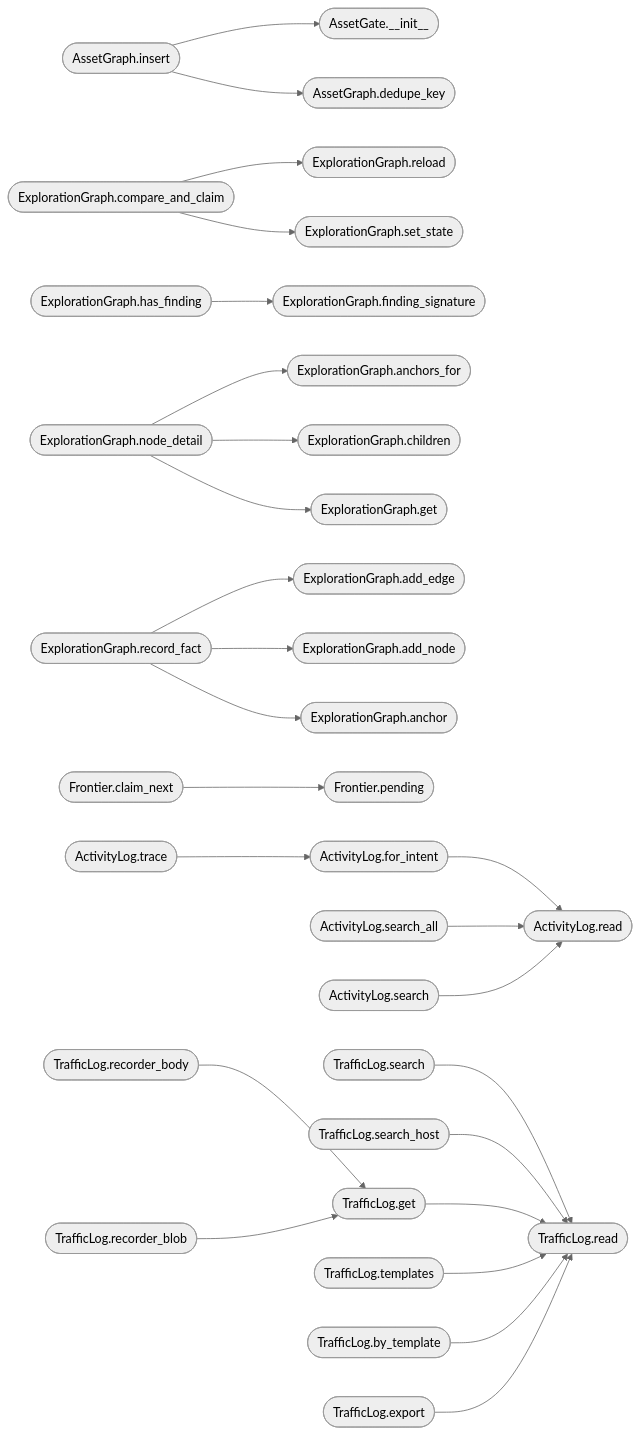
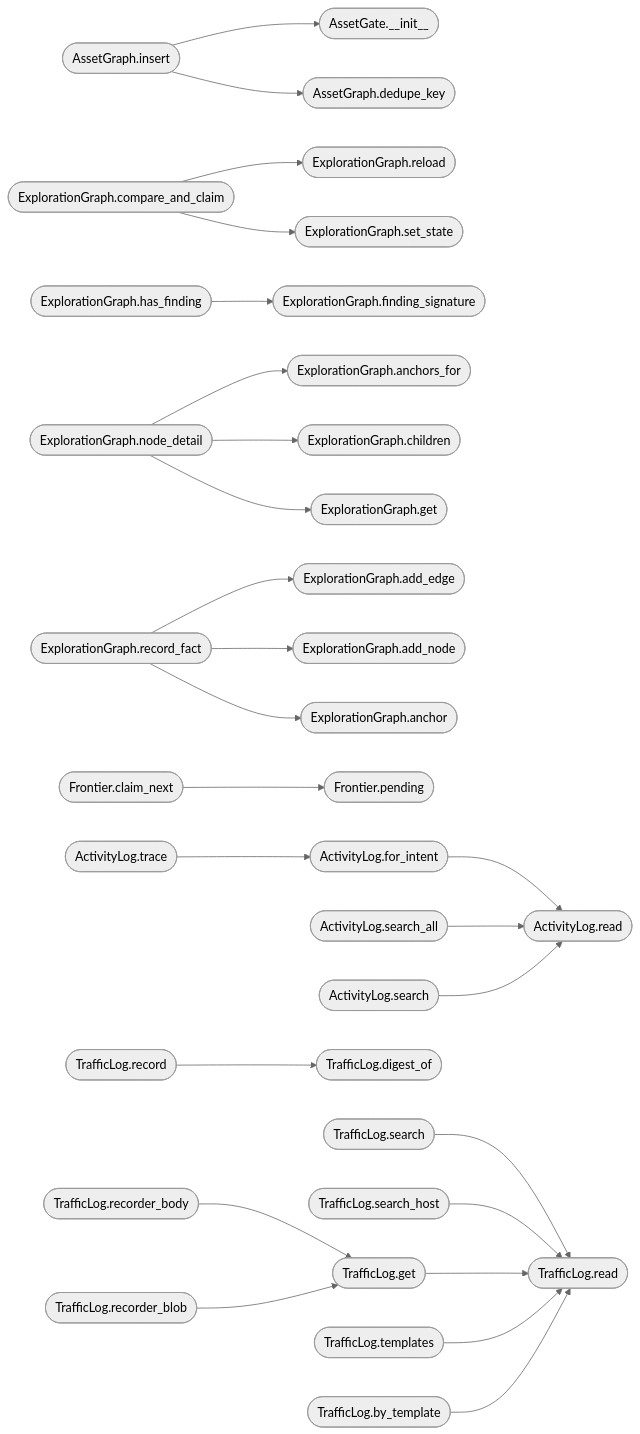
Before and after one commit to grisuno/LazyOwn: the second of 2 diagrams in readmenator-apidocs/modules/modules.lazy_loop.py.md, drawn with Mermaid (neutral theme). The commit also changed other lines of this file and 451 other files, not shown here.

````diff
--- a/readmenator-apidocs/modules/modules.lazy_loop.py.md
+++ b/readmenator-apidocs/modules/modules.lazy_loop.py.md
@@ -260,59 +261,60 @@
 ```mermaid
 flowchart LR
     n_modules_lazy_loop_py__AssetGraph_insert(["AssetGraph.insert"])
     n_modules_lazy_loop_py__AssetGate___init__(["AssetGate.__init__"])
     n_modules_lazy_loop_py__AssetGraph_dedupe_key(["AssetGraph.dedupe_key"])
     n_modules_lazy_loop_py__ExplorationGraph_compare_and_claim(["ExplorationGraph.compare_and_claim"])
     n_modules_lazy_loop_py__ExplorationGraph_reload(["ExplorationGraph.reload"])
     n_modules_lazy_loop_py__ExplorationGraph_set_state(["ExplorationGraph.set_state"])
     n_modules_lazy_loop_py__ExplorationGraph_has_finding(["ExplorationGraph.has_finding"])
     n_modules_lazy_loop_py__ExplorationGraph_finding_signature(["ExplorationGraph.finding_signature"])
     n_modules_lazy_loop_py__ExplorationGraph_node_detail(["ExplorationGraph.node_detail"])
     n_modules_lazy_loop_py__ExplorationGraph_anchors_for(["ExplorationGraph.anchors_for"])
     n_modules_lazy_loop_py__ExplorationGraph_children(["ExplorationGraph.children"])
     n_modules_lazy_loop_py__ExplorationGraph_get(["ExplorationGraph.get"])
     n_modules_lazy_loop_py__ExplorationGraph_record_fact(["ExplorationGraph.record_fact"])
     n_modules_lazy_loop_py__ExplorationGraph_add_edge(["ExplorationGraph.add_edge"])
     n_modules_lazy_loop_py__ExplorationGraph_add_node(["ExplorationGraph.add_node"])
     n_modules_lazy_loop_py__ExplorationGraph_anchor(["ExplorationGraph.anchor"])
     n_modules_lazy_loop_py__Frontier_claim_next(["Frontier.claim_next"])
     n_modules_lazy_loop_py__Frontier_pending(["Frontier.pending"])
     n_modules_lazy_loop_py__ActivityLog_for_intent(["ActivityLog.for_intent"])
     n_modules_lazy_loop_py__ActivityLog_read(["ActivityLog.read"])
     n_modules_lazy_loop_py__ActivityLog_trace(["ActivityLog.trace"])
     n_modules_lazy_loop_py__ActivityLog_search_all(["ActivityLog.search_all"])
     n_modules_lazy_loop_py__ActivityLog_search(["ActivityLog.search"])
+    n_modules_lazy_loop_py__TrafficLog_record(["TrafficLog.record"])
+    n_modules_lazy_loop_py__TrafficLog_digest_of(["TrafficLog.digest_of"])
     n_modules_lazy_loop_py__TrafficLog_search(["TrafficLog.search"])
     n_modules_lazy_loop_py__TrafficLog_read(["TrafficLog.read"])
     n_modules_lazy_loop_py__TrafficLog_search_host(["TrafficLog.search_host"])
     n_modules_lazy_loop_py__TrafficLog_get(["TrafficLog.get"])
     n_modules_lazy_loop_py__TrafficLog_recorder_body(["TrafficLog.recorder_body"])
     n_modules_lazy_loop_py__TrafficLog_recorder_blob(["TrafficLog.recorder_blob"])
     n_modules_lazy_loop_py__TrafficLog_templates(["TrafficLog.templates"])
     n_modules_lazy_loop_py__TrafficLog_by_template(["TrafficLog.by_template"])
-    n_modules_lazy_loop_py__TrafficLog_export(["TrafficLog.export"])
     n_modules_lazy_loop_py__AssetGraph_insert --> n_modules_lazy_loop_py__AssetGate___init__
     n_modules_lazy_loop_py__AssetGraph_insert --> n_modules_lazy_loop_py__AssetGraph_dedupe_key
     n_modules_lazy_loop_py__ExplorationGraph_compare_and_claim --> n_modules_lazy_loop_py__ExplorationGraph_reload
     n_modules_lazy_loop_py__ExplorationGraph_compare_and_claim --> n_modules_lazy_loop_py__ExplorationGraph_set_state
     n_modules_lazy_loop_py__ExplorationGraph_has_finding --> n_modules_lazy_loop_py__ExplorationGraph_finding_signature
     n_modules_lazy_loop_py__ExplorationGraph_node_detail --> n_modules_lazy_loop_py__ExplorationGraph_anchors_for
     n_modules_lazy_loop_py__ExplorationGraph_node_detail --> n_modules_lazy_loop_py__ExplorationGraph_children
     n_modules_lazy_loop_py__ExplorationGraph_node_detail --> n_modules_lazy_loop_py__ExplorationGraph_get
     n_modules_lazy_loop_py__ExplorationGraph_record_fact --> n_modules_lazy_loop_py__ExplorationGraph_add_edge
     n_modules_lazy_loop_py__ExplorationGraph_record_fact --> n_modules_lazy_loop_py__ExplorationGraph_add_node
     n_modules_lazy_loop_py__ExplorationGraph_record_fact --> n_modules_lazy_loop_py__ExplorationGraph_anchor
     n_modules_lazy_loop_py__Frontier_claim_next --> n_modules_lazy_loop_py__Frontier_pending
     n_modules_lazy_loop_py__ActivityLog_for_intent --> n_modules_lazy_loop_py__ActivityLog_read
     n_modules_lazy_loop_py__ActivityLog_trace --> n_modules_lazy_loop_py__ActivityLog_for_intent
     n_modules_lazy_loop_py__ActivityLog_search_all --> n_modules_lazy_loop_py__ActivityLog_read
     n_modules_lazy_loop_py__ActivityLog_search --> n_modules_lazy_loop_py__ActivityLog_read
+    n_modules_lazy_loop_py__TrafficLog_record --> n_modules_lazy_loop_py__TrafficLog_digest_of
     n_modules_lazy_loop_py__TrafficLog_search --> n_modules_lazy_loop_py__TrafficLog_read
     n_modules_lazy_loop_py__TrafficLog_search_host --> n_modules_lazy_loop_py__TrafficLog_read
     n_modules_lazy_loop_py__TrafficLog_get --> n_modules_lazy_loop_py__TrafficLog_read
     n_modules_lazy_loop_py__TrafficLog_recorder_body --> n_modules_lazy_loop_py__TrafficLog_get
     n_modules_lazy_loop_py__TrafficLog_recorder_blob --> n_modules_lazy_loop_py__TrafficLog_get
     n_modules_lazy_loop_py__TrafficLog_templates --> n_modules_lazy_loop_py__TrafficLog_read
     n_modules_lazy_loop_py__TrafficLog_by_template --> n_modules_lazy_loop_py__TrafficLog_read
-    n_modules_lazy_loop_py__TrafficLog_export --> n_modules_lazy_loop_py__TrafficLog_read
 ```
````
